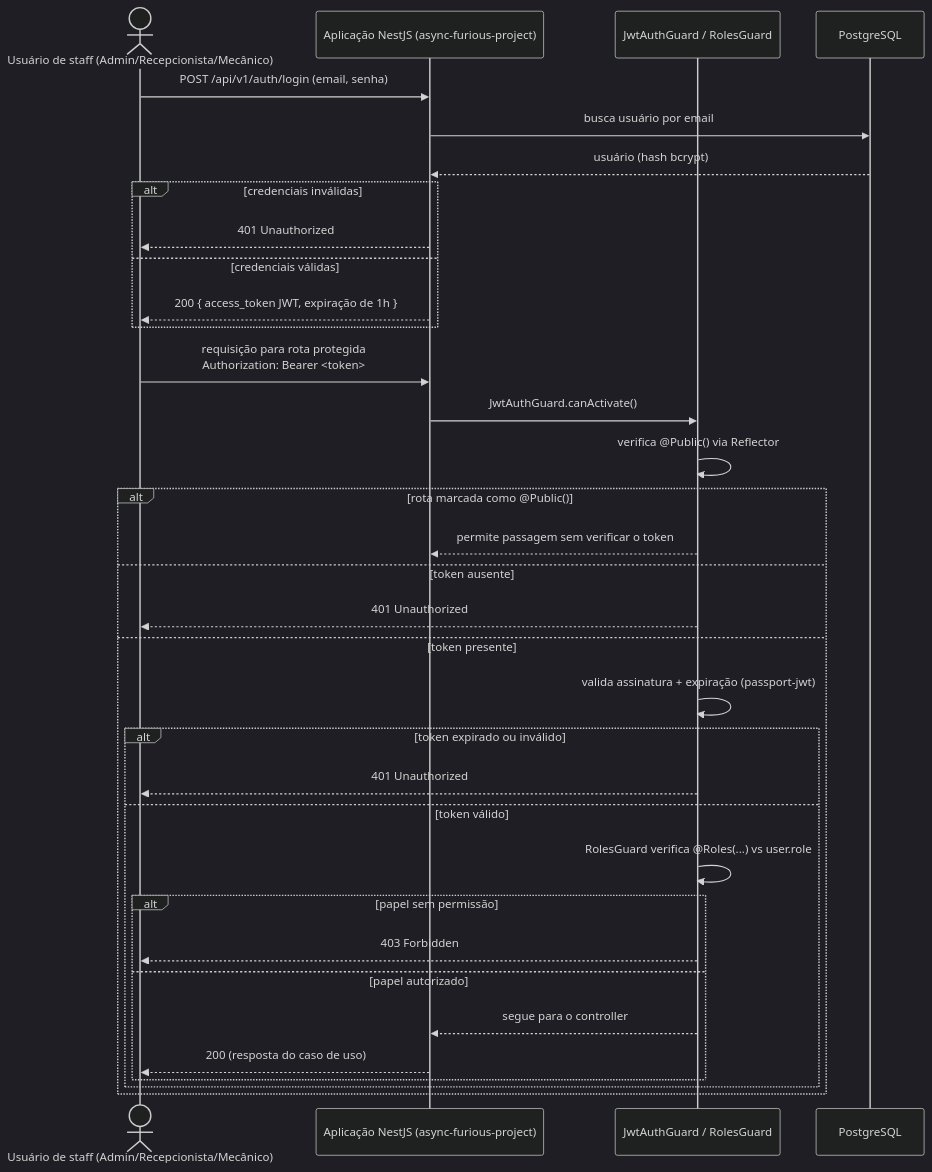
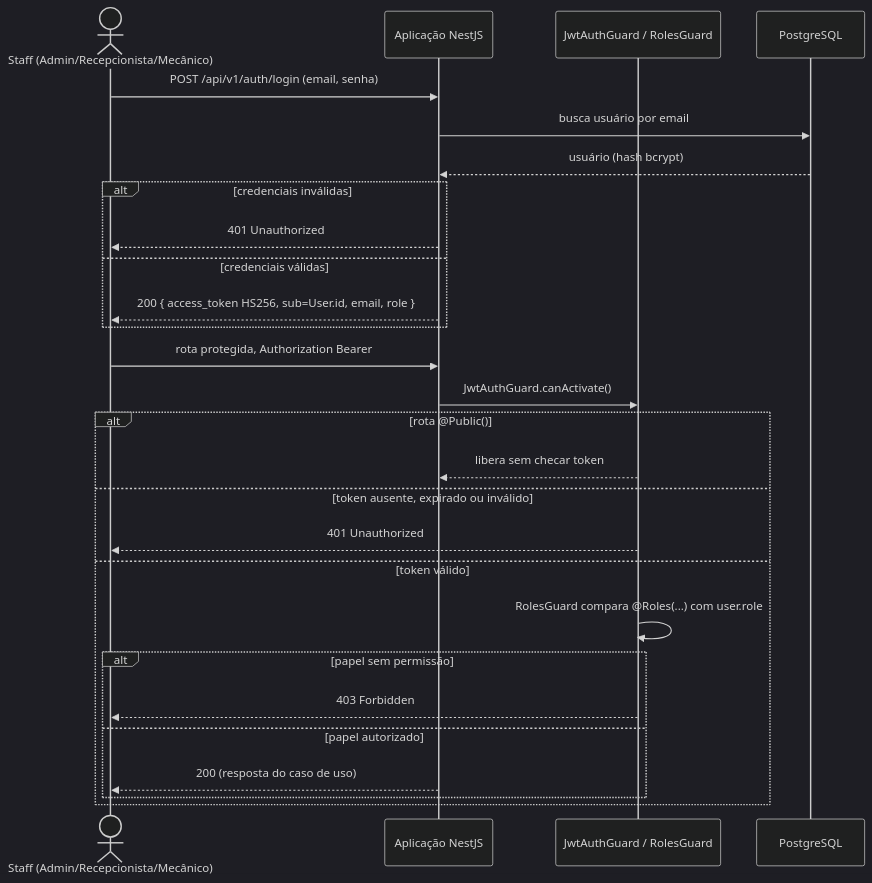
Before and after one commit to Async-And-Furious/async-furious-project: the first of 3 diagrams in docs/architecture/authentication-flow.md, drawn with Mermaid (dark theme). The commit also changed other lines of this file and 10 other files, not shown here.

````diff
--- a/docs/architecture/authentication-flow.md
+++ b/docs/architecture/authentication-flow.md
@@ -15,38 +16,31 @@
 ```mermaid
 sequenceDiagram
-    actor U as Usuário de staff (Admin/Recepcionista/Mecânico)
-    participant API as Aplicação NestJS (async-furious-project)
+    actor U as Staff (Admin/Recepcionista/Mecânico)
+    participant API as Aplicação NestJS
     participant Guard as JwtAuthGuard / RolesGuard
     participant DB as PostgreSQL
 
     U->>API: POST /api/v1/auth/login (email, senha)
     API->>DB: busca usuário por email
     DB-->>API: usuário (hash bcrypt)
     alt credenciais inválidas
         API-->>U: 401 Unauthorized
     else credenciais válidas
-        API-->>U: 200 { access_token JWT, expiração de 1h }
+        API-->>U: 200 { access_token HS256, sub=User.id, email, role }
     end
 
-    U->>API: requisição para rota protegida<br/>Authorization: Bearer <token>
+    U->>API: rota protegida, Authorization Bearer
     API->>Guard: JwtAuthGuard.canActivate()
-    Guard->>Guard: verifica @Public() via Reflector
-    alt rota marcada como @Public()
-        Guard-->>API: permite passagem sem verificar o token
-    else token ausente
+    alt rota @Public()
+        Guard-->>API: libera sem checar token
+    else token ausente, expirado ou inválido
         Guard-->>U: 401 Unauthorized
-    else token presente
-        Guard->>Guard: valida assinatura + expiração (passport-jwt)
-        alt token expirado ou inválido
-            Guard-->>U: 401 Unauthorized
-        else token válido
-            Guard->>Guard: RolesGuard verifica @Roles(...) vs user.role
-            alt papel sem permissão
-                Guard-->>U: 403 Forbidden
-            else papel autorizado
-                Guard-->>API: segue para o controller
-                API-->>U: 200 (resposta do caso de uso)
-            end
+    else token válido
+        Guard->>Guard: RolesGuard compara @Roles(...) com user.role
+        alt papel sem permissão
+            Guard-->>U: 403 Forbidden
+        else papel autorizado
+            API-->>U: 200 (resposta do caso de uso)
         end
     end
 ```
````
